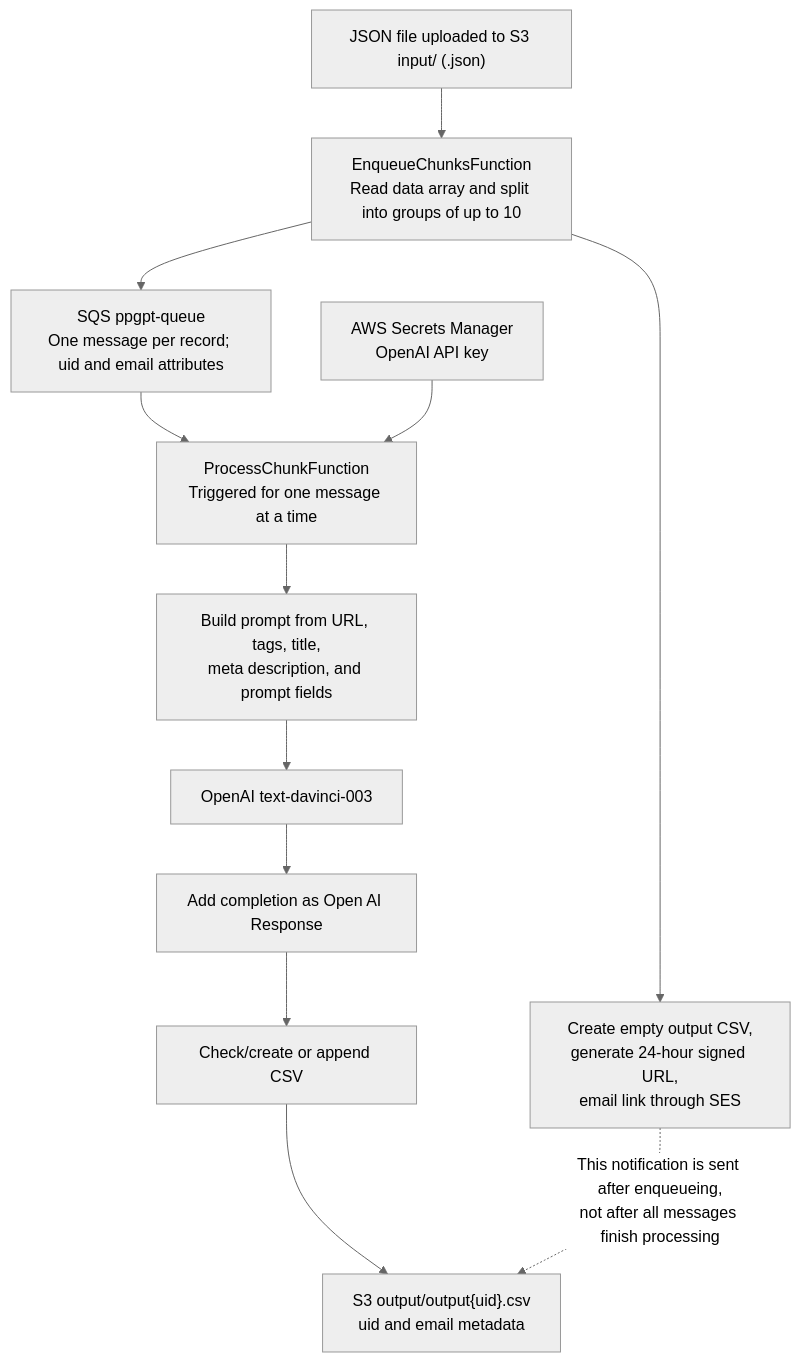
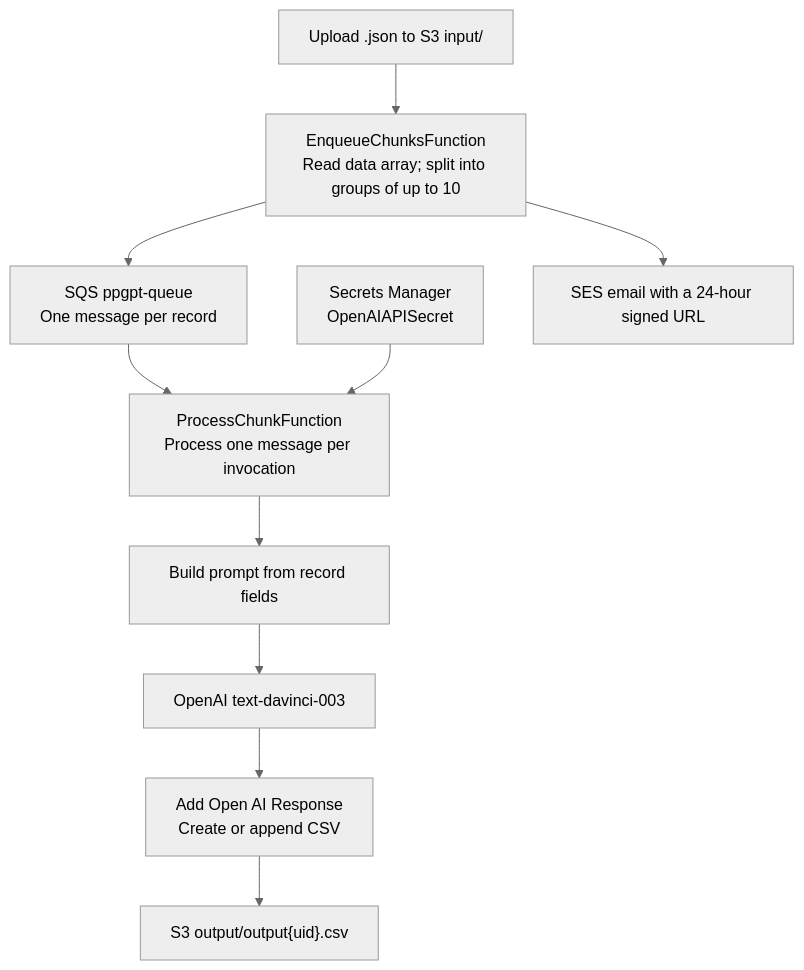
The diagram in README.md (zulbil/ppgpt-backend), drawn with Mermaid (neutral theme) before and after one commit. The commit also changed other lines of this file, not shown here.

````diff
--- a/README.md
+++ b/README.md
@@ -16,14 +7,12 @@
 ```mermaid
 flowchart TD
-    Input["JSON file uploaded to S3 input/ (.json)"] --> Enqueue["EnqueueChunksFunction<br/>Read data array and split into groups of up to 10"]
-    Enqueue --> SQS["SQS ppgpt-queue<br/>One message per record; uid and email attributes"]
-    SQS --> Process["ProcessChunkFunction<br/>Triggered for one message at a time"]
-    Process --> Prompt["Build prompt from URL, tags, title,<br/>meta description, and prompt fields"]
-    Secret["AWS Secrets Manager<br/>OpenAI API key"] --> Process
+    Upload["Upload .json to S3 input/"] --> Enqueue["EnqueueChunksFunction<br/>Read data array; split into groups of up to 10"]
+    Enqueue --> Queue["SQS ppgpt-queue<br/>One message per record"]
+    Queue --> Worker["ProcessChunkFunction<br/>Process one message per invocation"]
+    Worker --> Prompt["Build prompt from record fields"]
+    Secret["Secrets Manager<br/>OpenAIAPISecret"] --> Worker
     Prompt --> OpenAI["OpenAI text-davinci-003"]
-    OpenAI --> Result["Add completion as Open AI Response"]
-    Result --> CSV["Check/create or append CSV"]
-    CSV --> Output["S3 output/output{uid}.csv<br/>uid and email metadata"]
-    Enqueue --> Notify["Create empty output CSV,<br/>generate 24-hour signed URL,<br/>email link through SES"]
-    Notify -. "This notification is sent after enqueueing,<br/>not after all messages finish processing" .-> Output
+    OpenAI --> CSV["Add Open AI Response<br/>Create or append CSV"]
+    CSV --> Output["S3 output/output{uid}.csv"]
+    Enqueue --> Email["SES email with a 24-hour signed URL"]
 ```
````
